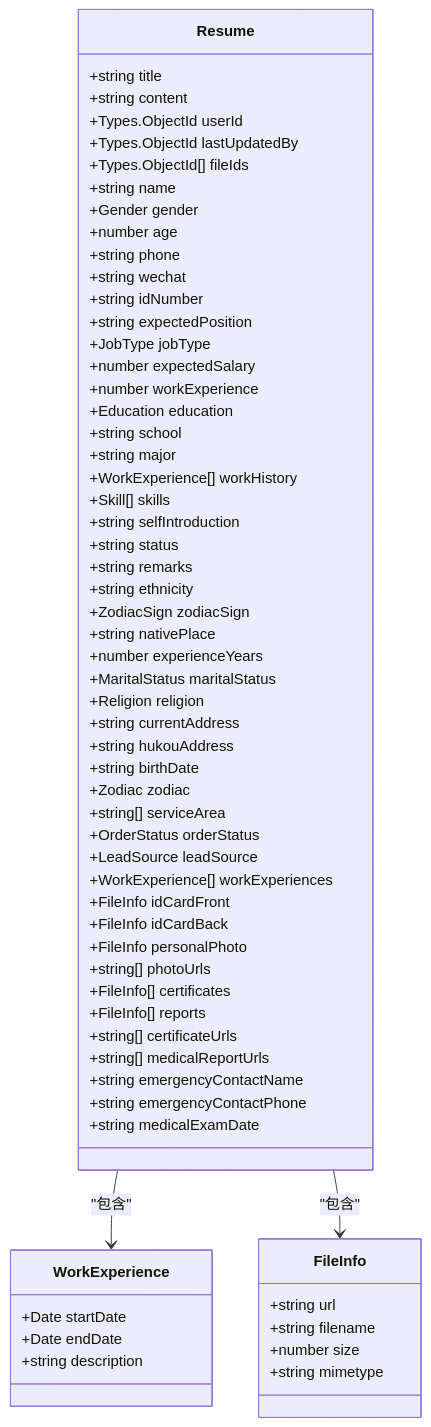
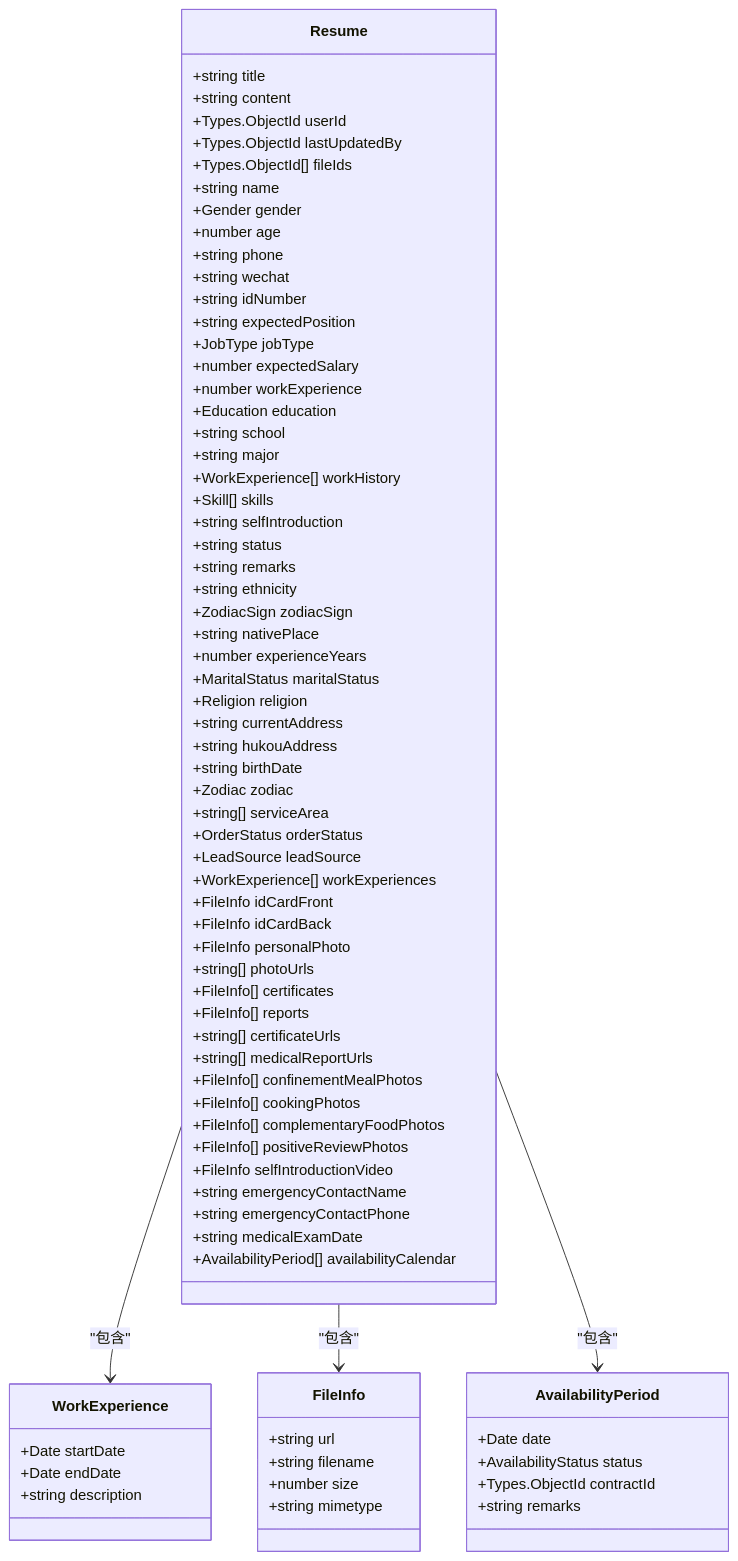
Before and after one commit to sunxuebo91/andejiazhengkaifa: the first of 3 diagrams in .qoder/repowiki/zh/content/API参考/简历管理API.md, drawn with Mermaid. The commit also changed other lines of this file and 439 other files, not shown here.

````diff
--- a/.qoder/repowiki/zh/content/API参考/简历管理API.md
+++ b/.qoder/repowiki/zh/content/API参考/简历管理API.md
@@ -294,66 +306,79 @@
 ```mermaid
 classDiagram
 class Resume {
 +string title
 +string content
 +Types.ObjectId userId
 +Types.ObjectId lastUpdatedBy
 +Types.ObjectId[] fileIds
 +string name
 +Gender gender
 +number age
 +string phone
 +string wechat
 +string idNumber
 +string expectedPosition
 +JobType jobType
 +number expectedSalary
 +number workExperience
 +Education education
 +string school
 +string major
 +WorkExperience[] workHistory
 +Skill[] skills
 +string selfIntroduction
 +string status
 +string remarks
 +string ethnicity
 +ZodiacSign zodiacSign
 +string nativePlace
 +number experienceYears
 +MaritalStatus maritalStatus
 +Religion religion
 +string currentAddress
 +string hukouAddress
 +string birthDate
 +Zodiac zodiac
 +string[] serviceArea
 +OrderStatus orderStatus
 +LeadSource leadSource
 +WorkExperience[] workExperiences
 +FileInfo idCardFront
 +FileInfo idCardBack
 +FileInfo personalPhoto
 +string[] photoUrls
 +FileInfo[] certificates
 +FileInfo[] reports
 +string[] certificateUrls
 +string[] medicalReportUrls
++FileInfo[] confinementMealPhotos
++FileInfo[] cookingPhotos
++FileInfo[] complementaryFoodPhotos
++FileInfo[] positiveReviewPhotos
++FileInfo selfIntroductionVideo
 +string emergencyContactName
 +string emergencyContactPhone
 +string medicalExamDate
++AvailabilityPeriod[] availabilityCalendar
 }
 class WorkExperience {
 +Date startDate
 +Date endDate
 +string description
 }
 class FileInfo {
 +string url
 +string filename
 +number size
 +string mimetype
 }
+class AvailabilityPeriod {
++Date date
++AvailabilityStatus status
++Types.ObjectId contractId
++string remarks
+}
 Resume --> WorkExperience : "包含"
 Resume --> FileInfo : "包含"
+Resume --> AvailabilityPeriod : "包含"
 ```
````
